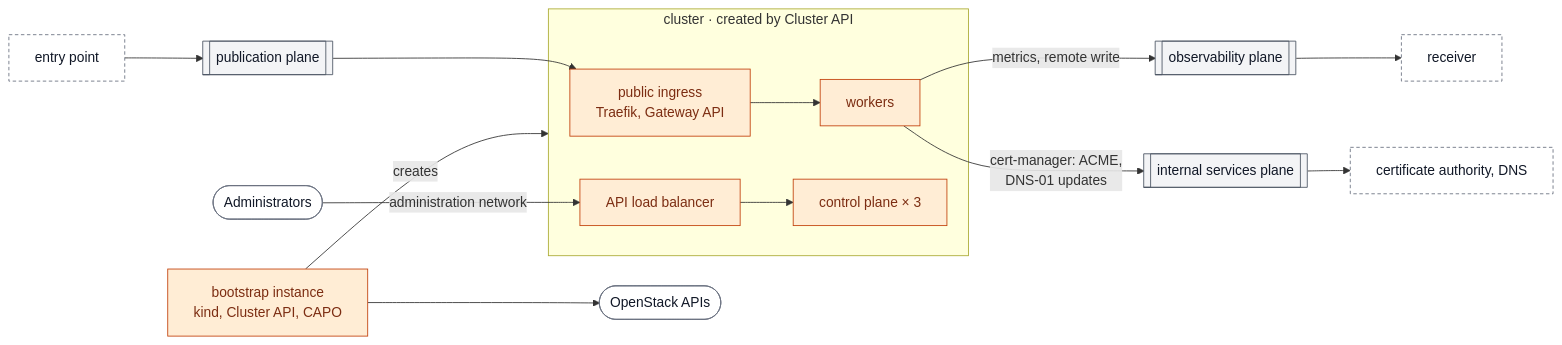
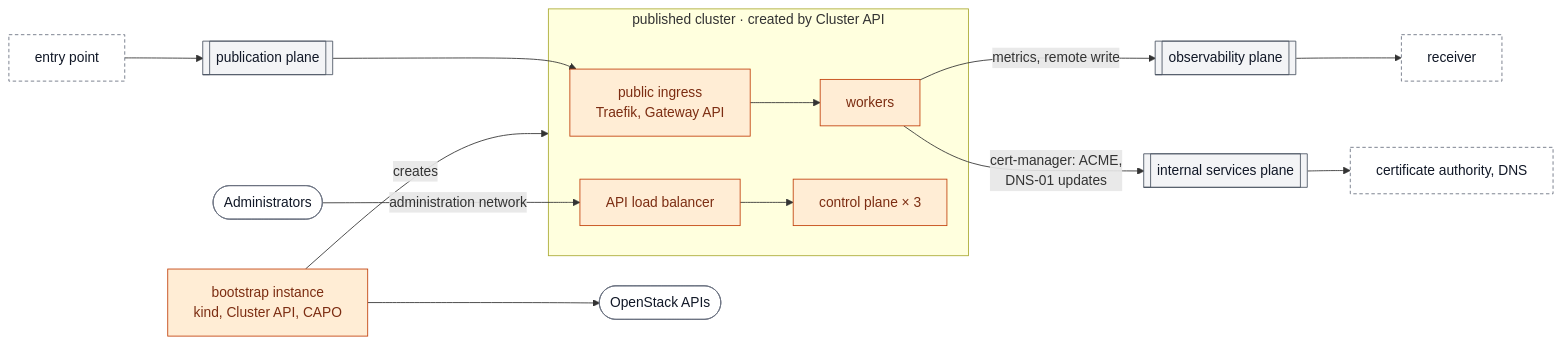
Before and after one commit to CyprisTech/openstack-multitenant-reference: the diagram in stacks/tenants/kubernetes/README.md, drawn with Mermaid. The commit also changed other lines of this file and 45 other files, not shown here.

First line of the commit message:
Docs: the shared cluster and the published cluster; documentation aligned with the code

````diff
--- a/stacks/tenants/kubernetes/README.md
+++ b/stacks/tenants/kubernetes/README.md
@@ -13,26 +13,26 @@
 ```mermaid
 flowchart LR
     EP["entry point"] --> PUB[["publication plane"]]
-    subgraph CL["cluster · created by Cluster API"]
+    subgraph CL["published cluster · created by Cluster API"]
         IN["public ingress<br/>Traefik, Gateway API"] --> WK["workers"]
         API["API load balancer"] --> CP["control plane × 3"]
     end
     PUB --> IN
     WK -->|"metrics, remote write"| MON[["observability plane"]]
     MON --> RCV["receiver"]
     WK -->|"cert-manager: ACME,<br/>DNS-01 updates"| INT[["internal services plane"]]
     INT --> SVC["certificate authority, DNS"]
     ADM(["Administrators"]) -->|"administration network"| API
     BS["bootstrap instance<br/>kind, Cluster API, CAPO"] -->|"creates"| CL
     BS --> OS(["OpenStack APIs"])
 
     classDef shared fill:#dbeafe,stroke:#1d4ed8,color:#1e3a8a
     classDef plane fill:#f3f4f6,stroke:#4b5563,color:#111827
     classDef tenant fill:#ffedd5,stroke:#c2410c,color:#7c2d12
     classDef outside fill:#ffffff,stroke:#6b7280,color:#111827
     classDef other fill:#ffffff,stroke:#6b7280,color:#111827,stroke-dasharray:4 3
     class IN,WK,API,CP,BS tenant
     class PUB,MON,INT plane
     class EP,RCV,SVC other
     class ADM,OS outside
 ```
````
